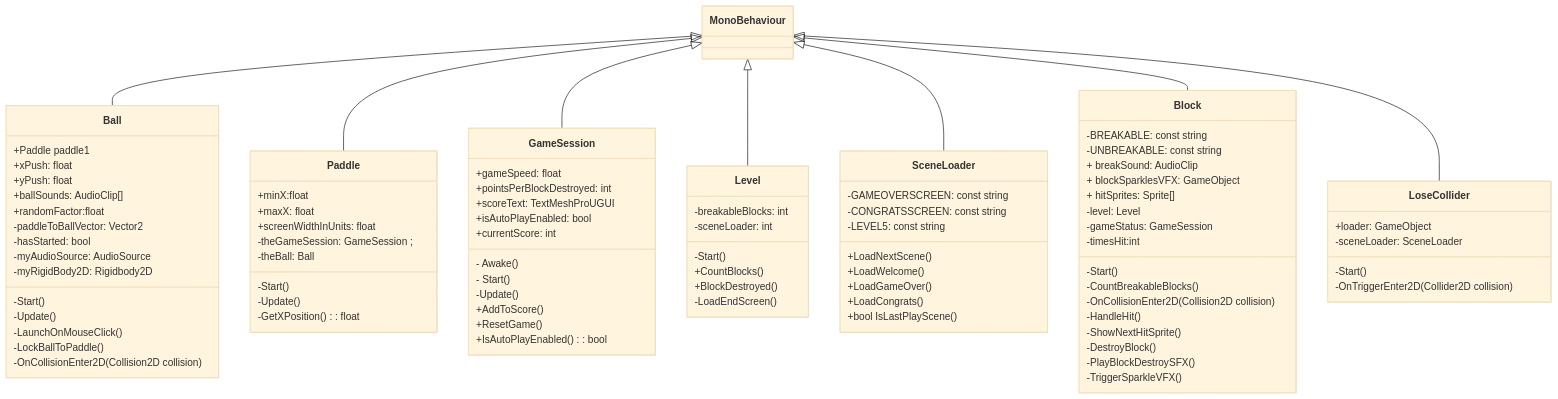
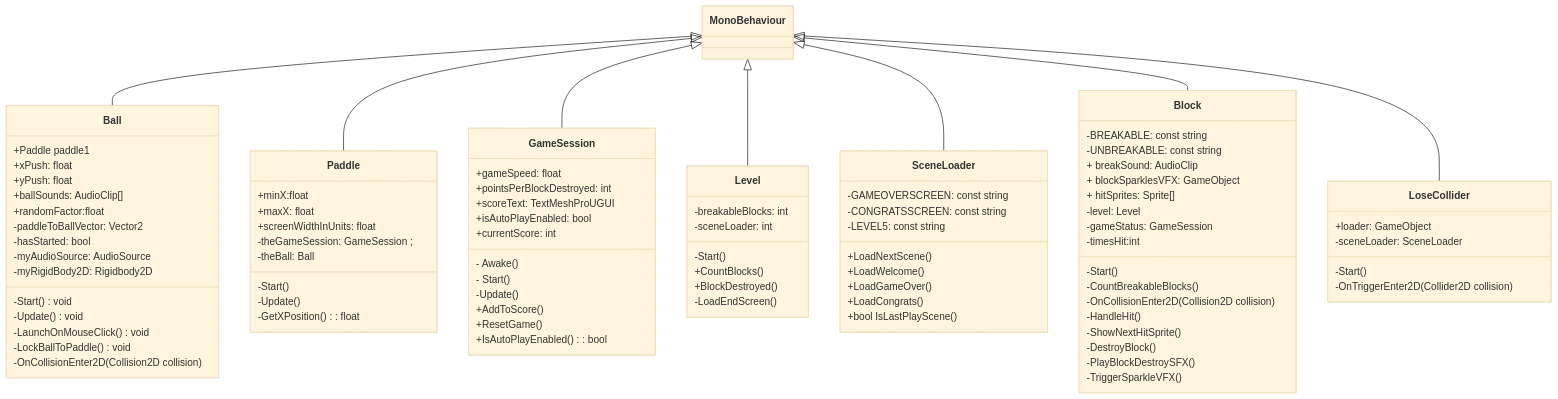
Before and after one commit to 4ahmns-sosem-2324/07-DebugBlockbreaker-dhagenauer: the diagram in README.md, drawn with Mermaid (base theme).

```diff
--- a/README.md
+++ b/README.md
@@ -21,14 +21,14 @@
     -hasStarted: bool
     -myAudioSource: AudioSource
     -myRigidBody2D: Rigidbody2D
-    -Start()
-    -Update()
+    -Start() void
+    -Update() void
   
 
-    -LaunchOnMouseClick()
+    -LaunchOnMouseClick() void
  
 
-    -LockBallToPaddle()
+    -LockBallToPaddle() void
   
 
     -OnCollisionEnter2D(Collision2D collision)
```
